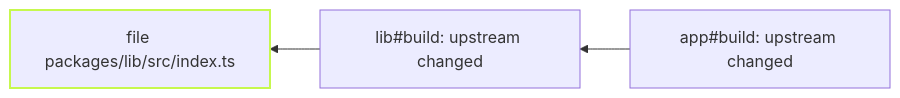
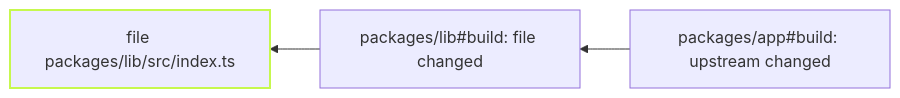
The diagram in private/vx-docs/src/content/docs/blog/why-did-this-rerun.md (vznjs/vx), drawn with Mermaid before and after one commit. The commit also changed other lines of this file and 6 other files, not shown here.

````diff
--- a/private/vx-docs/src/content/docs/blog/why-did-this-rerun.md
+++ b/private/vx-docs/src/content/docs/blog/why-did-this-rerun.md
@@ -33,6 +33,6 @@
 ```mermaid
 flowchart RL
-  A[app#build: upstream changed] --> L[lib#build: upstream changed]
+  A[packages/app#build: upstream changed] --> L[packages/lib#build: file changed]
   L --> F[file packages/lib/src/index.ts]
   style F stroke:#c6f84e,stroke-width:2px
 ```
````
